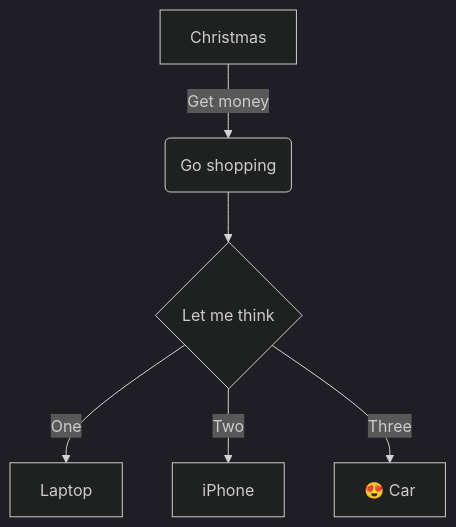
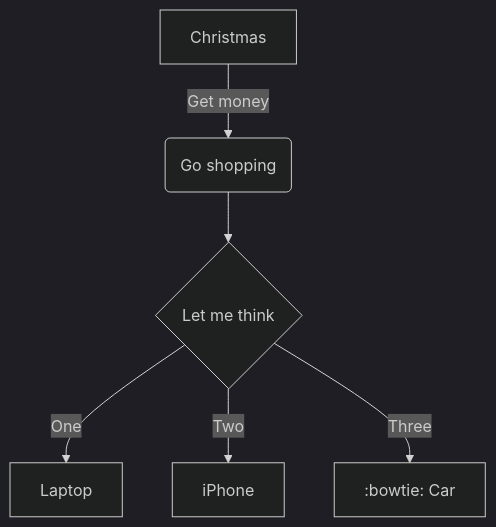
One commit to zqmillet/crazy-thursday changed the diagram in README.md. Above: the diagram before and after it, drawn with Mermaid (dark theme). The commit also changed other lines of this file, not shown here.

Commit message:
[Debug] debug.

````diff
--- a/README.md
+++ b/README.md
@@ -38,8 +38,8 @@
 ```mermaid
 graph TD
     A[Christmas] -->|Get money| B(Go shopping)
     B --> C{Let me think}
     C -->|One| D[Laptop]
     C -->|Two| E[iPhone]
-    C -->|Three| F[😍 Car]
+    C -->|Three| F[:bowtie: Car]
 ```
````
